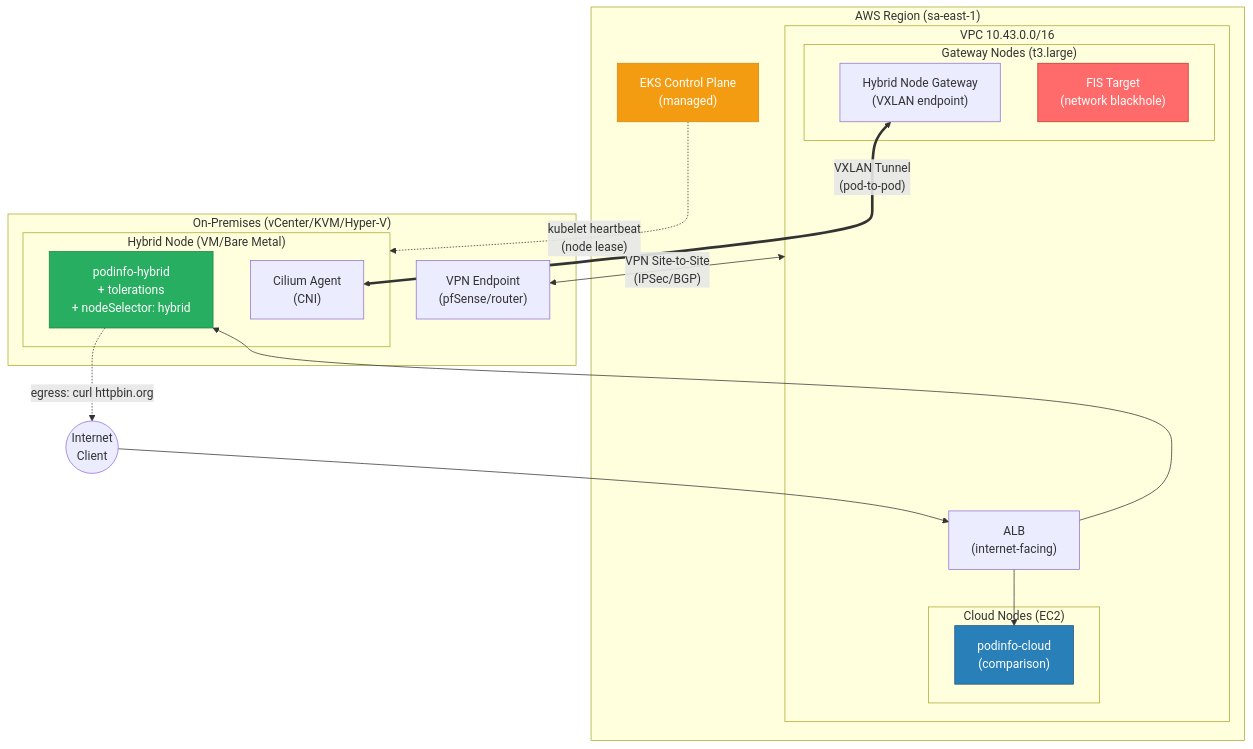
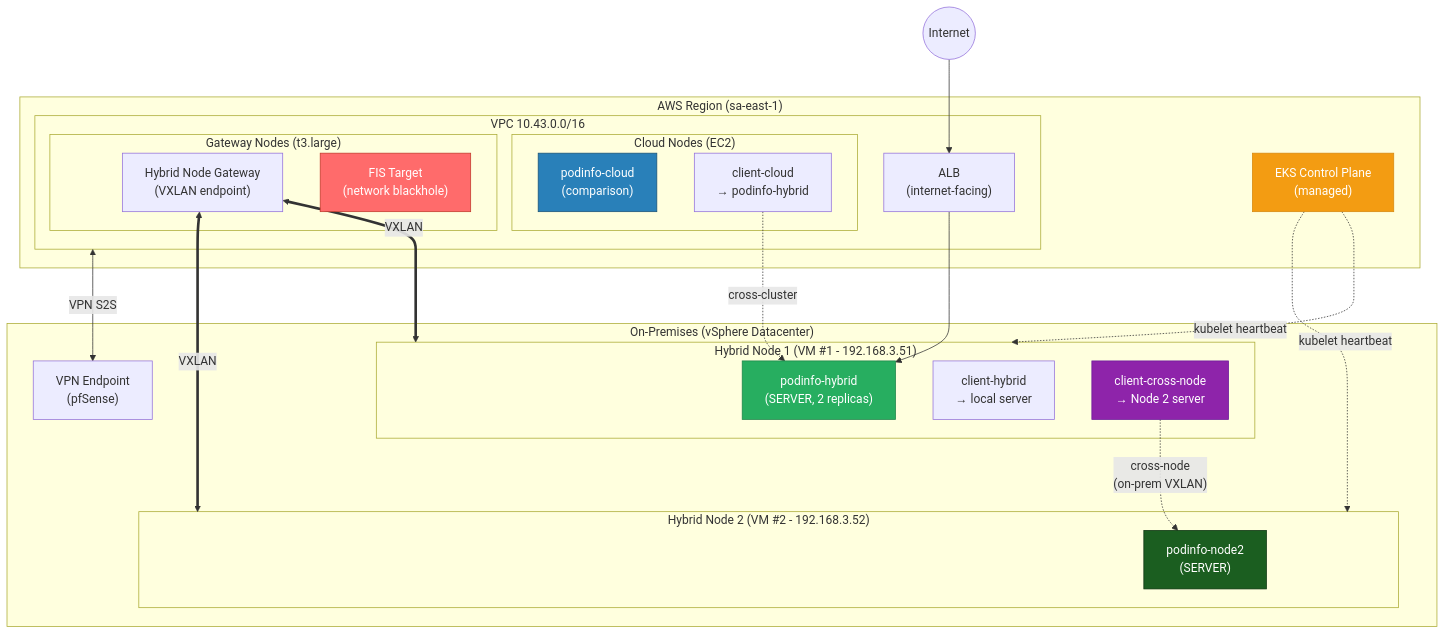
One commit to brunokktro/eks-hybrid-resilience-demo changed the first of 2 diagrams in README.md. Above: the diagram before and after it, drawn with Mermaid. The commit also changed other lines of this file and 4 other files, not shown here.

First line of the commit message:
feat: multi-node on-prem topology + 3 communication paths

````diff
--- a/README.md
+++ b/README.md
@@ -16,38 +16,48 @@
 ```mermaid
 graph TB
     subgraph AWS["AWS Region (sa-east-1)"]
         CP["EKS Control Plane<br/>(managed)"]
         subgraph VPC["VPC 10.43.0.0/16"]
             ALB["ALB<br/>(internet-facing)"]
             subgraph CloudNodes["Cloud Nodes (EC2)"]
                 PC["podinfo-cloud<br/>(comparison)"]
+                CC["client-cloud<br/>→ podinfo-hybrid"]
             end
             subgraph GatewayNodes["Gateway Nodes (t3.large)"]
                 GW["Hybrid Node Gateway<br/>(VXLAN endpoint)"]
                 FIS["FIS Target<br/>(network blackhole)"]
             end
         end
     end
 
-    subgraph OnPrem["On-Premises (vCenter/KVM/Hyper-V)"]
-        subgraph HybridNode["Hybrid Node (VM/Bare Metal)"]
-            PH["podinfo-hybrid<br/>+ tolerations<br/>+ nodeSelector: hybrid"]
-            Cilium["Cilium Agent<br/>(CNI)"]
+    subgraph OnPrem["On-Premises (vSphere Datacenter)"]
+        subgraph HN1["Hybrid Node 1 (VM #1 - 192.168.3.51)"]
+            PH1["podinfo-hybrid<br/>(SERVER, 2 replicas)"]
+            CH["client-hybrid<br/>→ local server"]
+            CXN["client-cross-node<br/>→ Node 2 server"]
         end
-        VPN_EP["VPN Endpoint<br/>(pfSense/router)"]
+        subgraph HN2["Hybrid Node 2 (VM #2 - 192.168.3.52)"]
+            PH2["podinfo-node2<br/>(SERVER)"]
+        end
+        VPN_EP["VPN Endpoint<br/>(pfSense)"]
     end
 
-    Internet(("Internet<br/>Client")) --> ALB
-    ALB --> PC
-    ALB --> PH
+    Internet(("Internet")) --> ALB
+    ALB --> PH1
 
-    CP -. "kubelet heartbeat<br/>(node lease)" .-> HybridNode
-    GW <== "VXLAN Tunnel<br/>(pod-to-pod)" ==> Cilium
-    VPC <-- "VPN Site-to-Site<br/>(IPSec/BGP)" --> VPN_EP
-    PH -. "egress: curl httpbin.org" .-> Internet
+    CP -. "kubelet heartbeat" .-> HN1
+    CP -. "kubelet heartbeat" .-> HN2
+    GW <== "VXLAN" ==> HN1
+    GW <== "VXLAN" ==> HN2
+    VPC <-- "VPN S2S" --> VPN_EP
+
+    CC -. "cross-cluster" .-> PH1
+    CXN -. "cross-node<br/>(on-prem VXLAN)" .-> PH2
 
     style FIS fill:#ff6b6b,stroke:#c0392b,color:#fff
-    style PH fill:#27ae60,stroke:#1e8449,color:#fff
+    style PH1 fill:#27ae60,stroke:#1e8449,color:#fff
+    style PH2 fill:#1B5E20,stroke:#0d3311,color:#fff
     style PC fill:#2980b9,stroke:#1a5276,color:#fff
     style CP fill:#f39c12,stroke:#d68910,color:#fff
+    style CXN fill:#8e24aa,stroke:#6a1b9a,color:#fff
 ```
````
